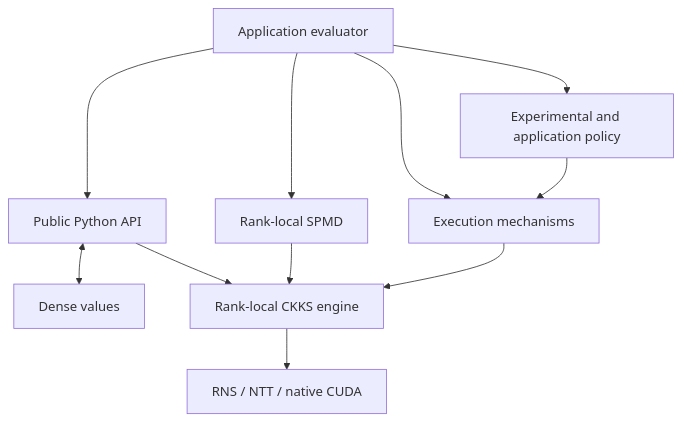
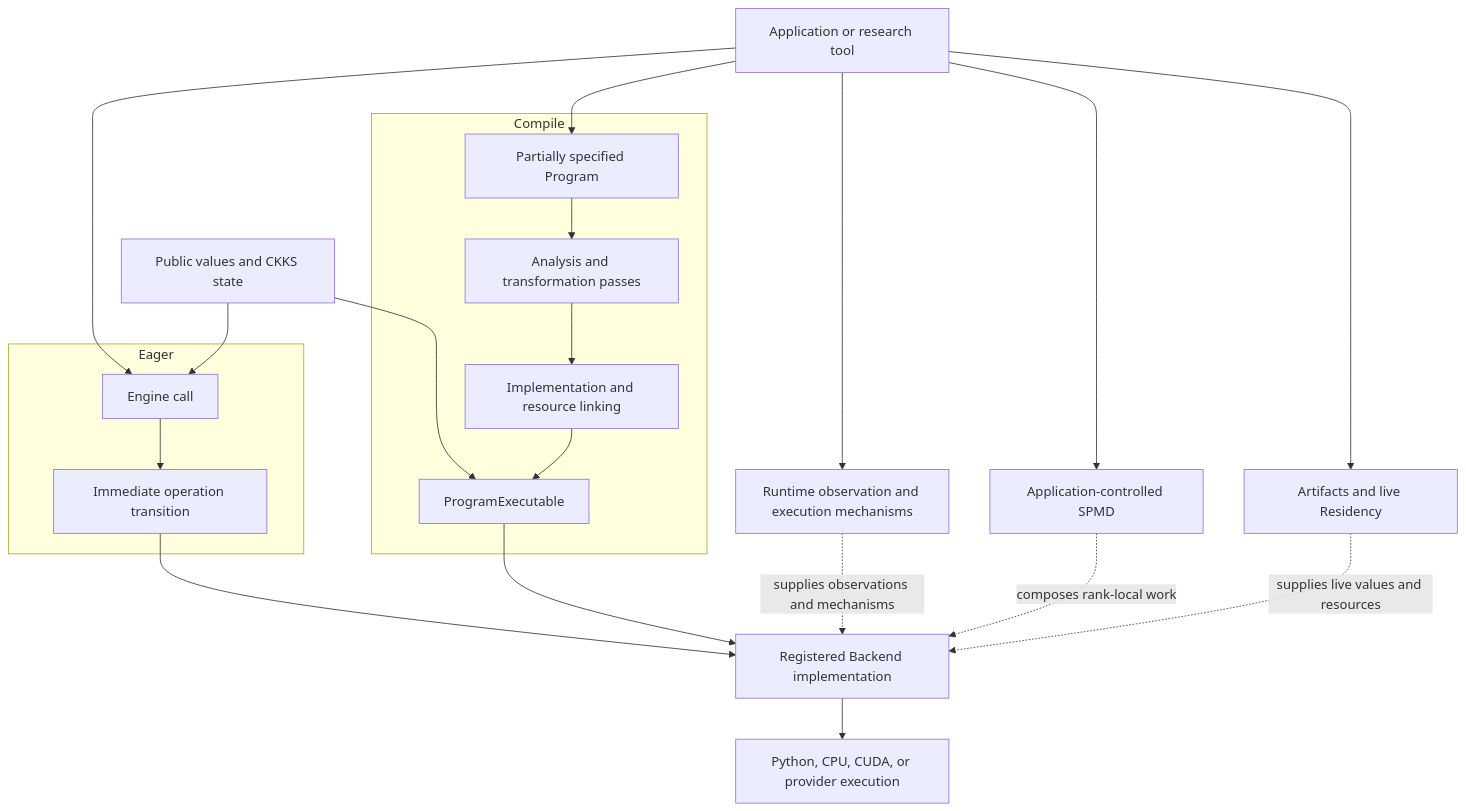
One commit to visualDust/fhelium changed the diagram in docs/concepts/index.md. Above: the diagram before and after it, drawn with Mermaid. The commit also changed other lines of this file and 612 other files, not shown here.

Commit message:
Introduce several architecture changes and support Windows native build

````diff
--- a/docs/concepts/index.md
+++ b/docs/concepts/index.md
@@ -48,18 +11,39 @@
 ```mermaid
 graph TB
-    APP[Application evaluator]
-    API[Public Python API]
-    VALUE[Dense values]
-    ENGINE[Rank-local CKKS engine]
-    NATIVE[RNS / NTT / native CUDA]
-    DIST[Rank-local SPMD]
-    EXEC[Execution mechanisms]
-    POLICY[Experimental and application policy]
+    APP[Application or research tool]
+    VALUES[Public values and CKKS state]
 
-    APP --> API
-    API <--> VALUE
-    API --> ENGINE --> NATIVE
-    APP --> DIST --> ENGINE
-    APP --> EXEC --> ENGINE
-    APP --> POLICY --> EXEC
+    subgraph Eager
+        ENGINE[Engine call]
+        TRANSITION[Immediate operation transition]
+        ENGINE --> TRANSITION
+    end
+
+    subgraph Compile
+        PROGRAM[Partially specified Program]
+        PASSES[Analysis and transformation passes]
+        LINK[Implementation and resource linking]
+        EXEC[ProgramExecutable]
+        PROGRAM --> PASSES --> LINK --> EXEC
+    end
+
+    BACKEND[Registered Backend implementation]
+    NATIVE[Python, CPU, CUDA, or provider execution]
+    RUNTIME[Runtime observation and execution mechanisms]
+    DIST[Application-controlled SPMD]
+    STORAGE[Artifacts and live Residency]
+
+    APP --> ENGINE
+    APP --> PROGRAM
+    VALUES --> ENGINE
+    VALUES --> EXEC
+    TRANSITION --> BACKEND
+    EXEC --> BACKEND
+    BACKEND --> NATIVE
+    APP --> RUNTIME
+    APP --> DIST
+    APP --> STORAGE
+    RUNTIME -. supplies observations and mechanisms .-> BACKEND
+    DIST -. composes rank-local work .-> BACKEND
+    STORAGE -. supplies live values and resources .-> BACKEND
 ```
````
